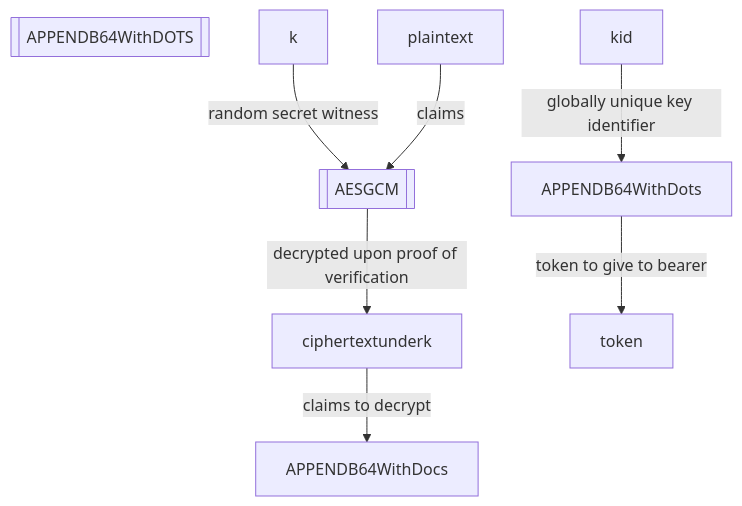
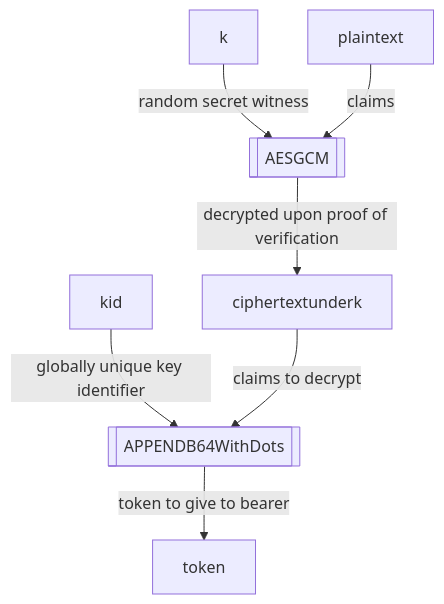
One commit to rfielding/whiskeyTango changed the second of 2 diagrams in README.md. Above: the diagram before and after it, drawn with Mermaid.

Commit message:
update diagram

````diff
--- a/README.md
+++ b/README.md
@@ -94,11 +94,11 @@
 ```mermaid
 flowchart TB
   AESGCM[[AESGCM]]
-  APPENDB64WithDOTS[[APPENDB64WithDOTS]]
+  APPENDB64WithDots[[APPENDB64WithDots]]
   k-- random secret witness -->AESGCM
   plaintext-- claims -->AESGCM
   AESGCM-- decrypted upon proof of verification -->ciphertextunderk
   kid-- globally unique key identifier -->APPENDB64WithDots
-  ciphertextunderk-- claims to decrypt -->APPENDB64WithDocs
+  ciphertextunderk-- claims to decrypt -->APPENDB64WithDots
   APPENDB64WithDots-- token to give to bearer -->token
 ```
````
